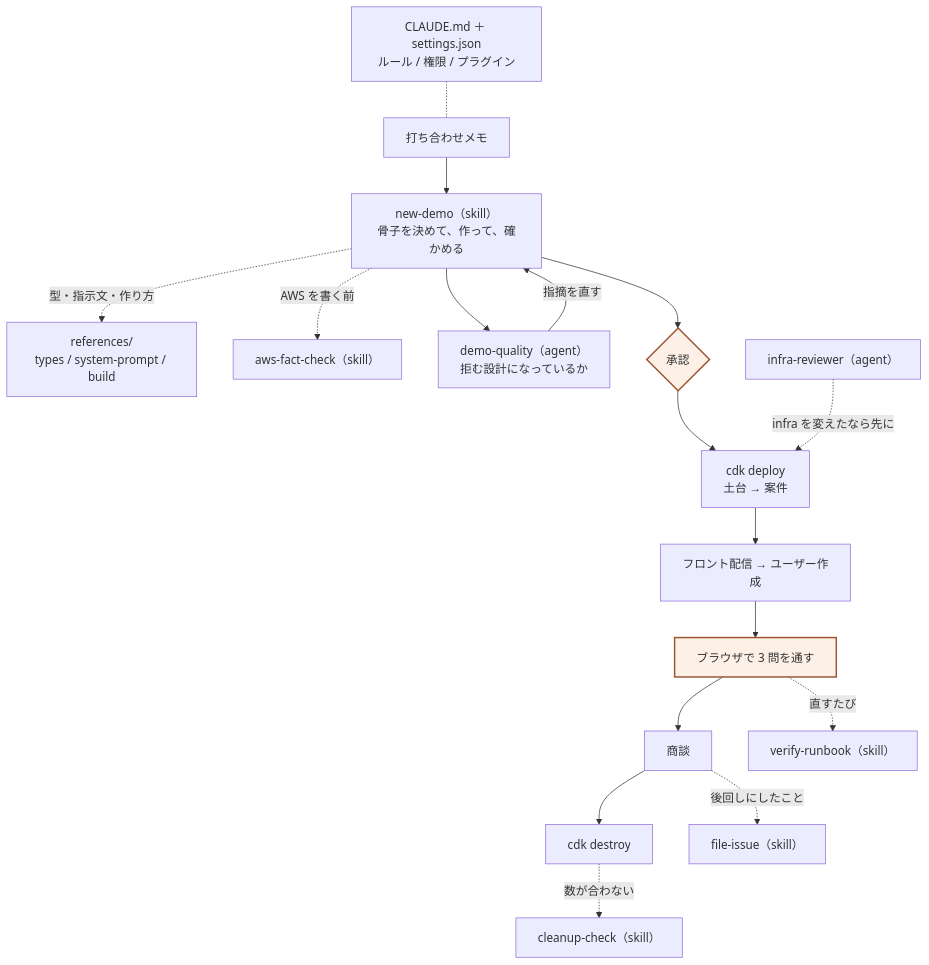
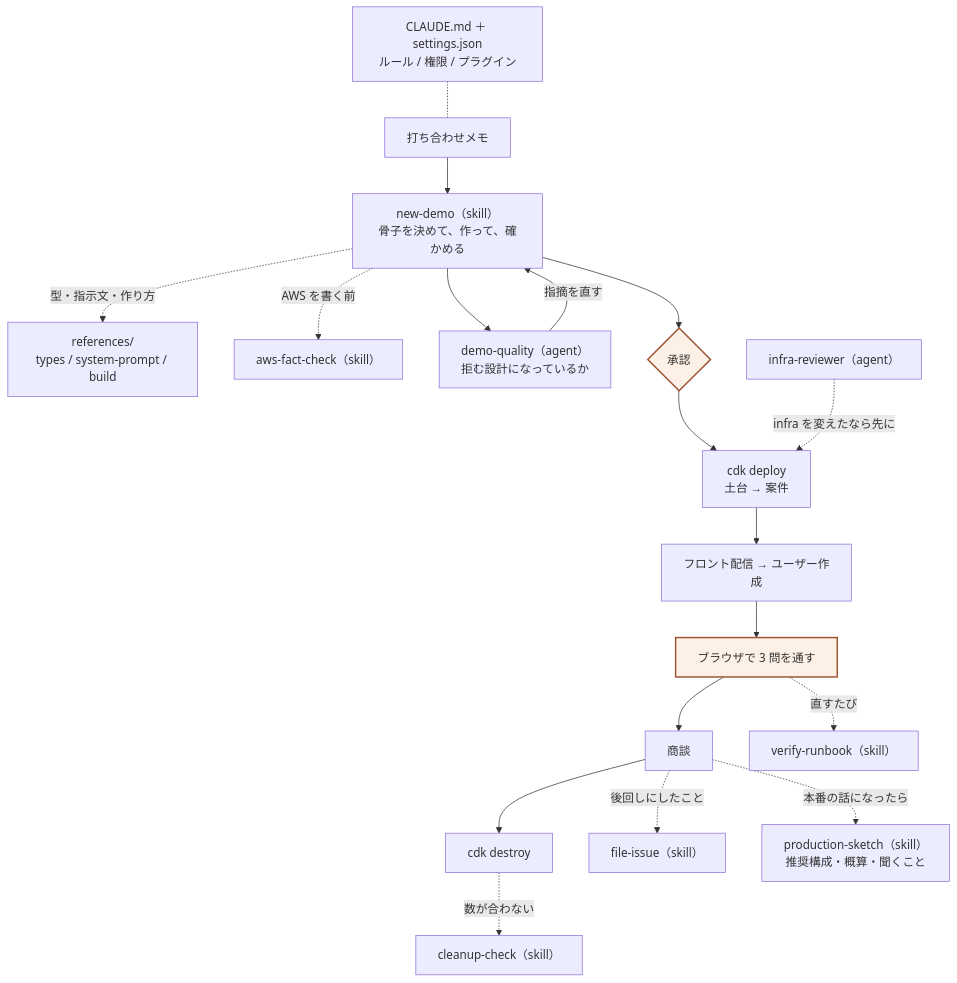
One commit to leomaro7/fde-demo-agent changed the first of 2 diagrams in docs/harness-overview.md. Above: the diagram before and after it, drawn with Mermaid. The commit also changed other lines of this file and 4 other files, not shown here.

````diff
--- a/docs/harness-overview.md
+++ b/docs/harness-overview.md
@@ -51,39 +51,41 @@
 ```mermaid
 flowchart TB
   base["CLAUDE.md ＋ settings.json<br/>ルール / 権限 / プラグイン"]
   memo["打ち合わせメモ"]
   nd["new-demo（skill）<br/>骨子を決めて、作って、確かめる"]
   refs["references/<br/>types / system-prompt / build"]
   afc["aws-fact-check（skill）"]
   dq["demo-quality（agent）<br/>拒む設計になっているか"]
   gate{"承認"}
   ir["infra-reviewer（agent）"]
   deploy["cdk deploy<br/>土台 → 案件"]
   web["フロント配信 → ユーザー作成"]
   check["ブラウザで 3 問を通す"]
   talk["商談"]
   teardown["cdk destroy"]
   cc["cleanup-check（skill）"]
   vr["verify-runbook（skill）"]
   fi["file-issue（skill）"]
+  ps["production-sketch（skill）<br/>推奨構成・概算・聞くこと"]
 
   base -.- memo
   memo --> nd
   nd -.型・指示文・作り方.-> refs
   nd -.AWS を書く前.-> afc
   nd --> dq
   dq -->|指摘を直す| nd
   nd --> gate
   gate --> deploy
   ir -.infra を変えたなら先に.-> deploy
   deploy --> web
   web --> check
   check --> talk
   talk --> teardown
   teardown -.数が合わない.-> cc
   check -.直すたび.-> vr
   talk -.後回しにしたこと.-> fi
+  talk -.本番の話になったら.-> ps
 
   classDef human fill:#fdf0e6,stroke:#9d5330,stroke-width:2px
   class gate,check human
 ```
````
